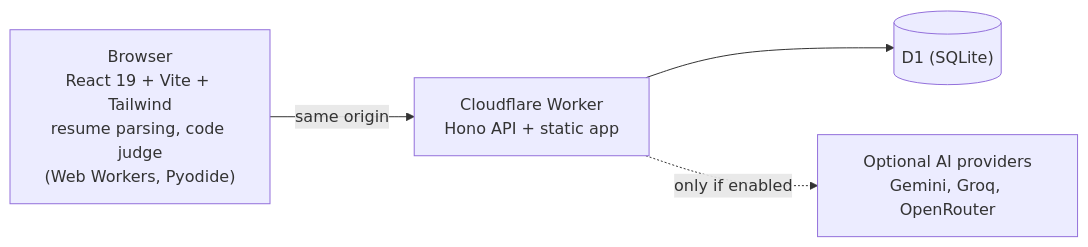
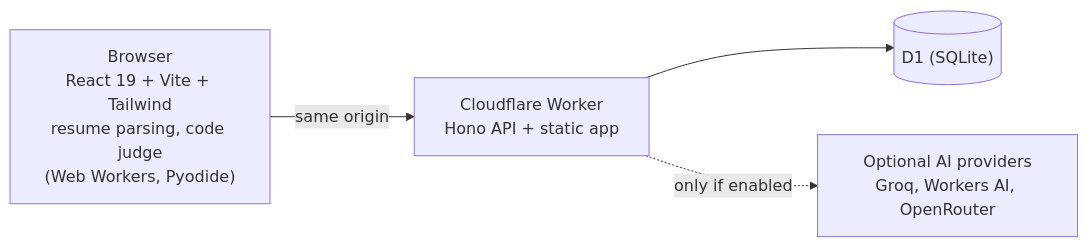
The diagram in README.md (raghuldpr/PrepWise-App), drawn with Mermaid before and after one commit. The commit also changed other lines of this file and 16 other files, not shown here.

Commit message:
AI assistant: Groq, Cloudflare Workers AI and OpenRouter; token trimming, circuit breaker, site-wide budget, lower limits; drop Gemini from defaults

````diff
--- a/README.md
+++ b/README.md
@@ -72,10 +72,10 @@
 ```mermaid
 flowchart LR
   B["Browser<br/>React 19 + Vite + Tailwind<br/>resume parsing, code judge<br/>(Web Workers, Pyodide)"]
   W["Cloudflare Worker<br/>Hono API + static app"]
   D[("D1 (SQLite)")]
-  A["Optional AI providers<br/>Gemini, Groq, OpenRouter"]
+  A["Optional AI providers<br/>Groq, Workers AI, OpenRouter"]
   B -- "same origin" --> W
   W --> D
   W -. "only if enabled" .-> A
 ```
````
